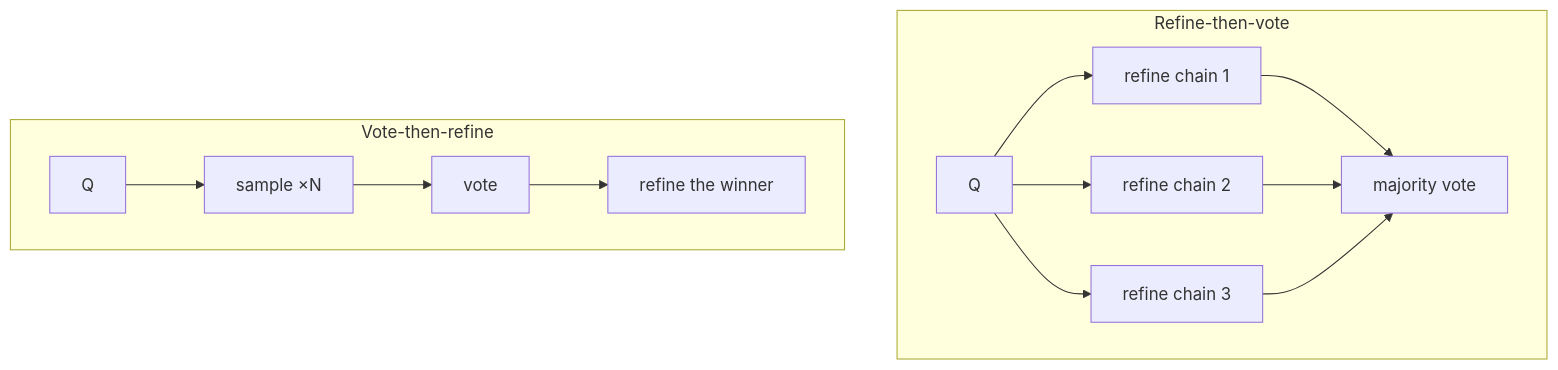
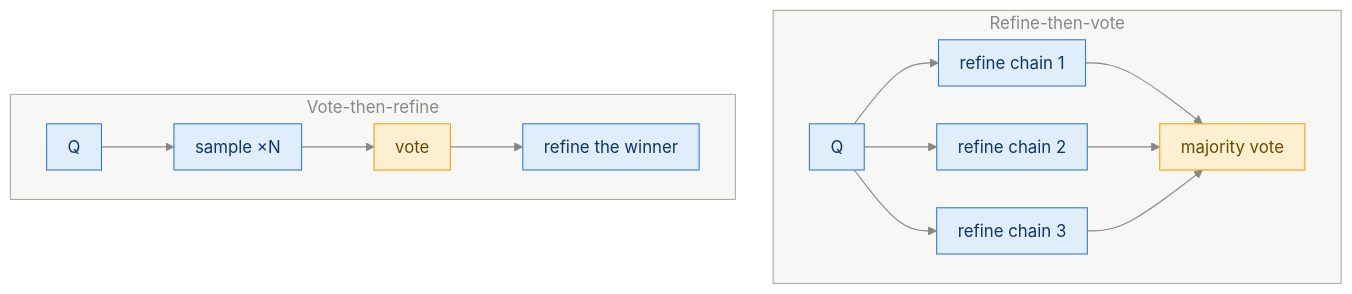
The fourth of 4 diagrams in study_guide/ch05_self_refinement.md (sudhanshu-shivam-dev/reasoning_model_from_scratch), drawn with Mermaid before and after one commit. The commit also changed other lines of this file and 14 other files, not shown here.

First line of the commit message:
Restyle all 54 diagrams: consistent palette, semantic colors, better spacing

````diff
--- a/study_guide/ch05_self_refinement.md
+++ b/study_guide/ch05_self_refinement.md
@@ -115,10 +130,13 @@
 ```mermaid
+%%{init: {"theme":"base","themeVariables":{"primaryColor":"#e0edfb","primaryTextColor":"#0d366b","primaryBorderColor":"#2a78d6","lineColor":"#898781","textColor":"#52514e","edgeLabelBackground":"#f0efec","clusterBkg":"rgba(137,135,129,0.07)","clusterBorder":"#a9a7a0","titleColor":"#898781"},"flowchart":{"nodeSpacing":36,"rankSpacing":44,"curve":"basis","padding":10}}}%%
 flowchart TB
     subgraph COMBO1["Refine-then-vote"]
         Q["Q"] --> r1["refine chain 1"] & r2["refine chain 2"] & r3["refine chain 3"]
         r1 & r2 & r3 --> VOTE["majority vote"]
     end
     subgraph COMBO2["Vote-then-refine"]
         Q2["Q"] --> s1["sample ×N"] --> VOTE2["vote"] --> REF["refine the winner"]
     end
+    classDef dec fill:#fdf0d1,stroke:#eda100,color:#6b4a00
+    class VOTE,VOTE2 dec
 ```
````
